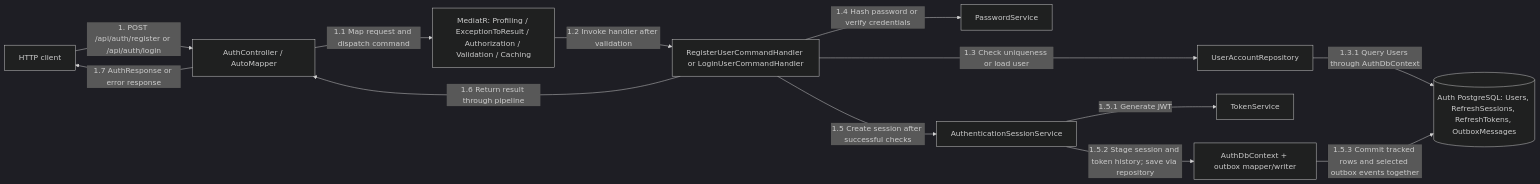
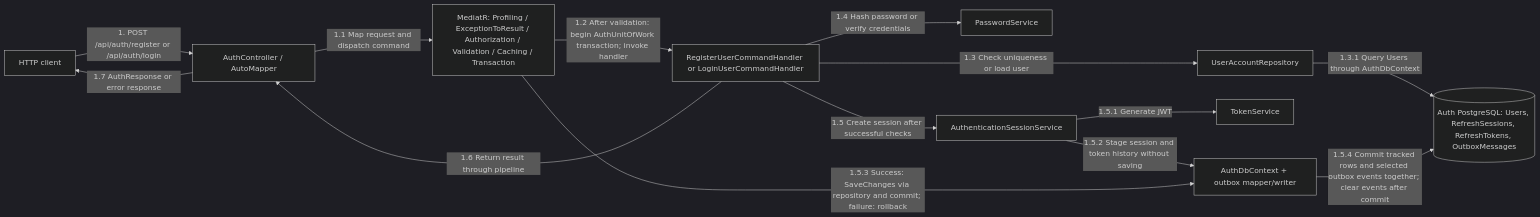
The first of 4 diagrams in src/Services/Auth/COMMUNICATION.md (bogdan-spilevoi/ASET-master-year-1), drawn with Mermaid (dark theme) before and after one commit. The commit also changed other lines of this file and 36 other files, not shown here.

````diff
--- a/src/Services/Auth/COMMUNICATION.md
+++ b/src/Services/Auth/COMMUNICATION.md
@@ -10,26 +10,27 @@
 ```mermaid
 flowchart LR
     Client["HTTP client"]
     API["AuthController / AutoMapper"]
-    Pipeline["MediatR: Profiling / ExceptionToResult / Authorization / Validation / Caching"]
+    Pipeline["MediatR: Profiling / ExceptionToResult / Authorization / Validation / Caching / Transaction"]
     Handler["RegisterUserCommandHandler or LoginUserCommandHandler"]
     Password["PasswordService"]
     Repository["UserAccountRepository"]
     Session["AuthenticationSessionService"]
     Tokens["TokenService"]
     Context["AuthDbContext + outbox mapper/writer"]
     DB[("Auth PostgreSQL: Users, RefreshSessions, RefreshTokens, OutboxMessages")]
 
     Client -->|"1. POST /api/auth/register or /api/auth/login"| API
     API -->|"1.1 Map request and dispatch command"| Pipeline
-    Pipeline -->|"1.2 Invoke handler after validation"| Handler
+    Pipeline -->|"1.2 After validation: begin AuthUnitOfWork transaction; invoke handler"| Handler
     Handler -->|"1.3 Check uniqueness or load user"| Repository
     Repository -->|"1.3.1 Query Users through AuthDbContext"| DB
     Handler -->|"1.4 Hash password or verify credentials"| Password
     Handler -->|"1.5 Create session after successful checks"| Session
     Session -->|"1.5.1 Generate JWT"| Tokens
-    Session -->|"1.5.2 Stage session and token history; save via repository"| Context
-    Context -->|"1.5.3 Commit tracked rows and selected outbox events together"| DB
+    Session -->|"1.5.2 Stage session and token history without saving"| Context
+    Pipeline -->|"1.5.3 Success: SaveChanges via repository and commit; failure: rollback"| Context
+    Context -->|"1.5.4 Commit tracked rows and selected outbox events together; clear events after commit"| DB
     Handler -->|"1.6 Return result through pipeline"| API
     API -->|"1.7 AuthResponse or error response"| Client
 ```
````
